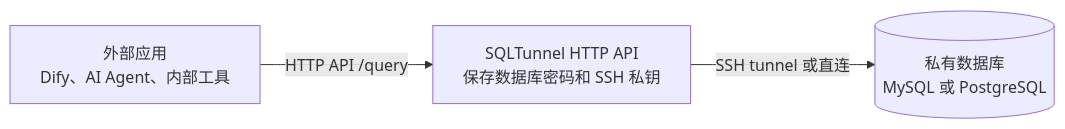
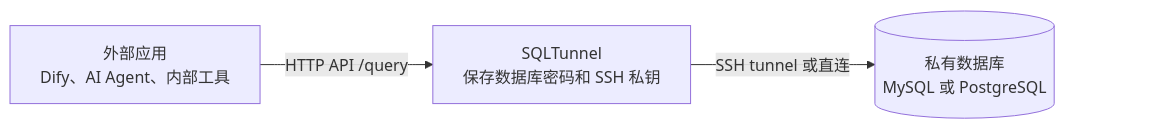
One commit to NemoAlex/SQLTunnel changed the diagram in README.zh-CN.md. Above: the diagram before and after it, drawn with Mermaid. The commit also changed 1 other file, not shown here.

Commit message:
Tweak README architecture diagram

````diff
--- a/README.zh-CN.md
+++ b/README.zh-CN.md
@@ -26,9 +26,14 @@
 ```mermaid
 flowchart LR
   ExternalApp["外部应用<br/>Dify、AI Agent、内部工具"]
-  SQLTunnel["SQLTunnel HTTP API<br/>保存数据库密码和 SSH 私钥"]
+  SQLTunnel["SQLTunnel<br/>保存数据库密码和 SSH 私钥"]
   Database[("私有数据库<br/>MySQL 或 PostgreSQL")]
+  Padding[" "]
 
   ExternalApp -->|"HTTP API /query"| SQLTunnel
   SQLTunnel -->|"SSH tunnel 或直连"| Database
+  Database ~~~ Padding
+
+  style Padding fill:transparent,stroke:transparent
+  linkStyle 2 stroke:transparent
 ```
````
